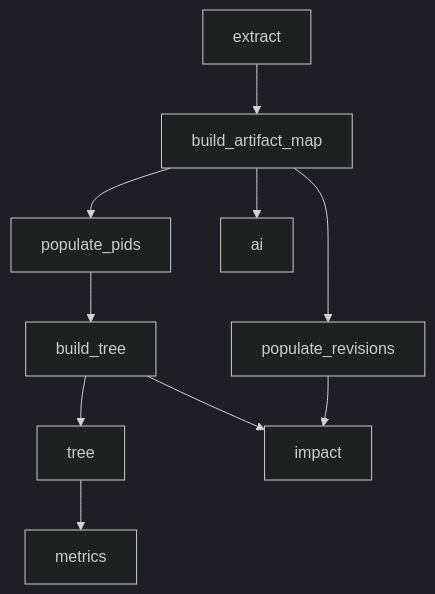
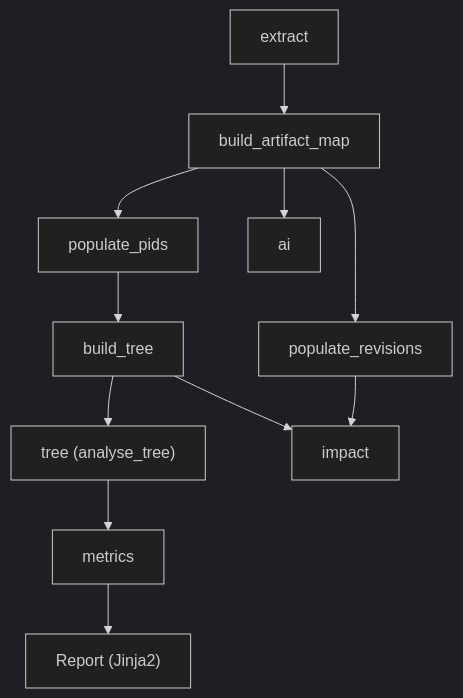
One commit to flyvercity/syntagmax changed the second of 13 diagrams in docs/reference/internal.md. Above: the diagram before and after it, drawn with Mermaid (dark theme). The commit also changed other lines of this file, not shown here.

First line of the commit message:
docs: update internal architecture reference

````diff
--- a/docs/reference/internal.md
+++ b/docs/reference/internal.md
@@ -27,12 +49,13 @@
 ```mermaid
 flowchart TD
     extract --> build_artifact_map
     build_artifact_map --> populate_pids
     build_artifact_map --> populate_revisions
     build_artifact_map --> ai
     populate_pids --> build_tree
-    build_tree --> tree
+    build_tree --> tree["tree (analyse_tree)"]
     build_tree --> impact
     populate_revisions --> impact
     tree --> metrics
+    metrics --> Report["Report (Jinja2)"]
 ```
````
